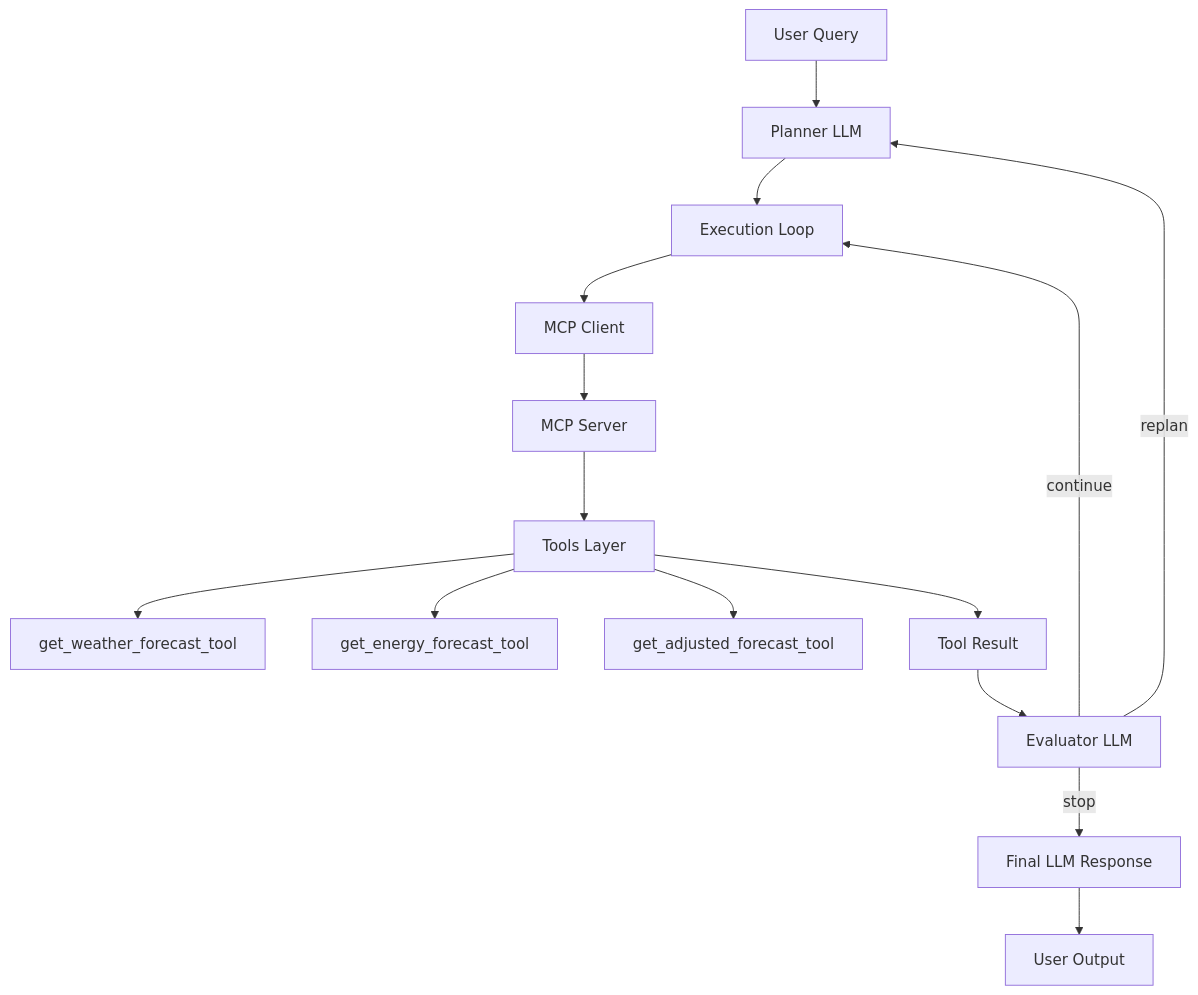
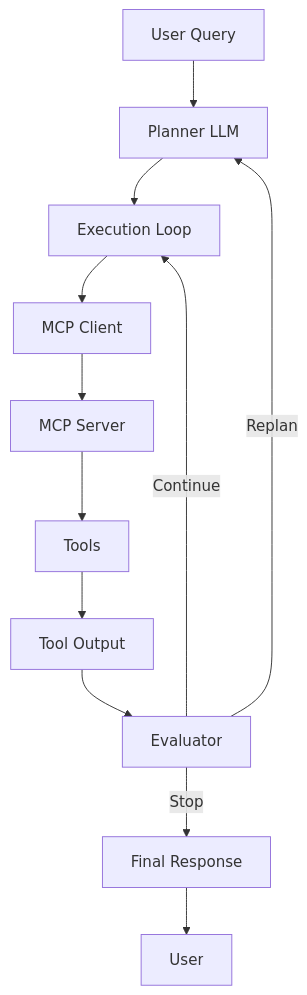
One commit to jayjp0321/data-science-ai changed the fourth of 4 diagrams in README.md. Above: the diagram before and after it, drawn with Mermaid. The commit also changed other lines of this file and 2 other files, not shown here.

Commit message:
docs: updated docker network and finalized architecture diagrams

````diff
--- a/README.md
+++ b/README.md
@@ -236,25 +191,21 @@
 ```mermaid
 flowchart TD
 
     A[User Query] --> B[Planner LLM]
-
     B --> C[Execution Loop]
 
     C --> D[MCP Client]
     D --> E[MCP Server]
-    E --> F[Tools Layer]
 
-    F --> F1[get_weather_forecast_tool]
-    F --> F2[get_energy_forecast_tool]
-    F --> F3[get_adjusted_forecast_tool]
+    E --> F[Tools]
 
-    F --> G[Tool Result]
+    F --> G[Tool Output]
 
-    G --> H[Evaluator LLM]
+    G --> H[Evaluator]
 
-    H -->|continue| C
-    H -->|replan| B
-    H -->|stop| I[Final LLM Response]
+    H -->|Continue| C
+    H -->|Replan| B
+    H -->|Stop| I[Final Response]
 
-    I --> J[User Output]
+    I --> J[User]
 ```
````
